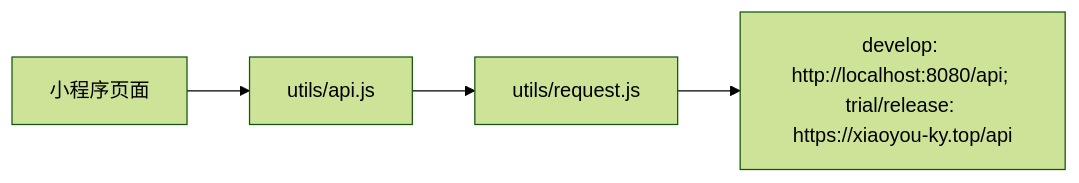
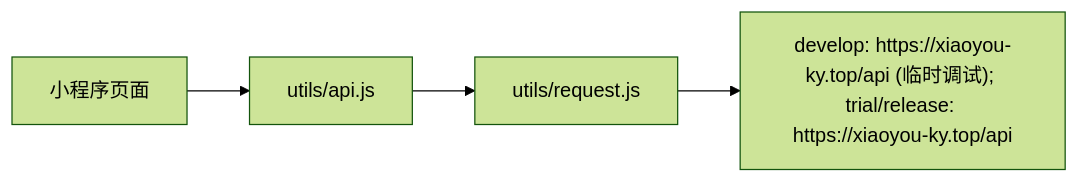
One commit to peteryoungwind/xiaoyouyingyu2 changed the first of 2 diagrams in doc/miniapp.md. Above: the diagram before and after it, drawn with Mermaid (forest theme). The commit also changed other lines of this file and 27 other files, not shown here.

````diff
--- a/doc/miniapp.md
+++ b/doc/miniapp.md
@@ -31,6 +31,6 @@
 ```mermaid
 flowchart LR
   Page["小程序页面"] --> Api["utils/api.js"]
   Api --> Request["utils/request.js"]
-  Request --> Backend["develop: http://localhost:8080/api; trial/release: https://xiaoyou-ky.top/api"]
+  Request --> Backend["develop: https://xiaoyou-ky.top/api (临时调试); trial/release: https://xiaoyou-ky.top/api"]
 ```
````
